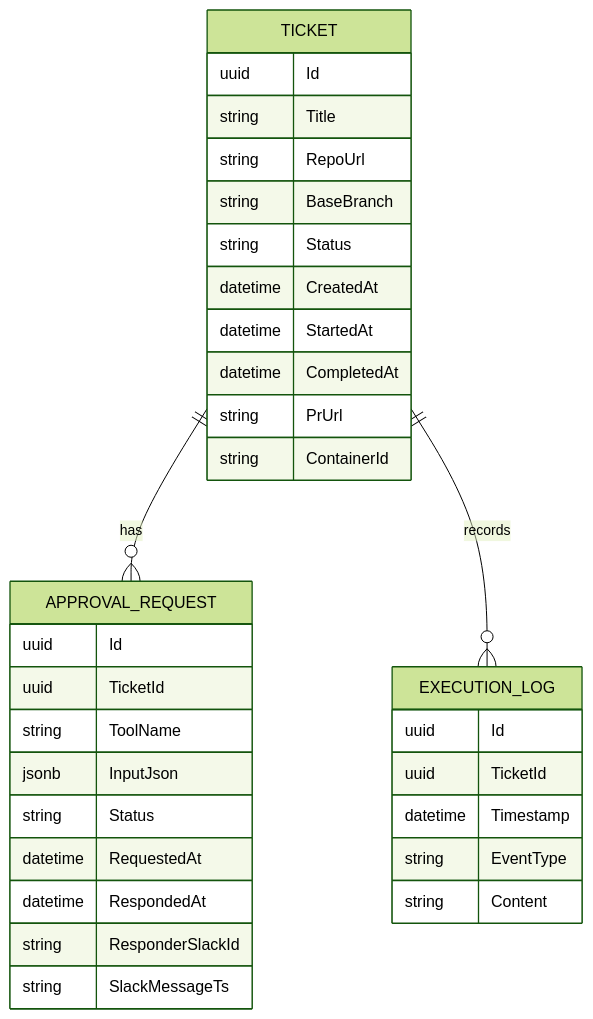
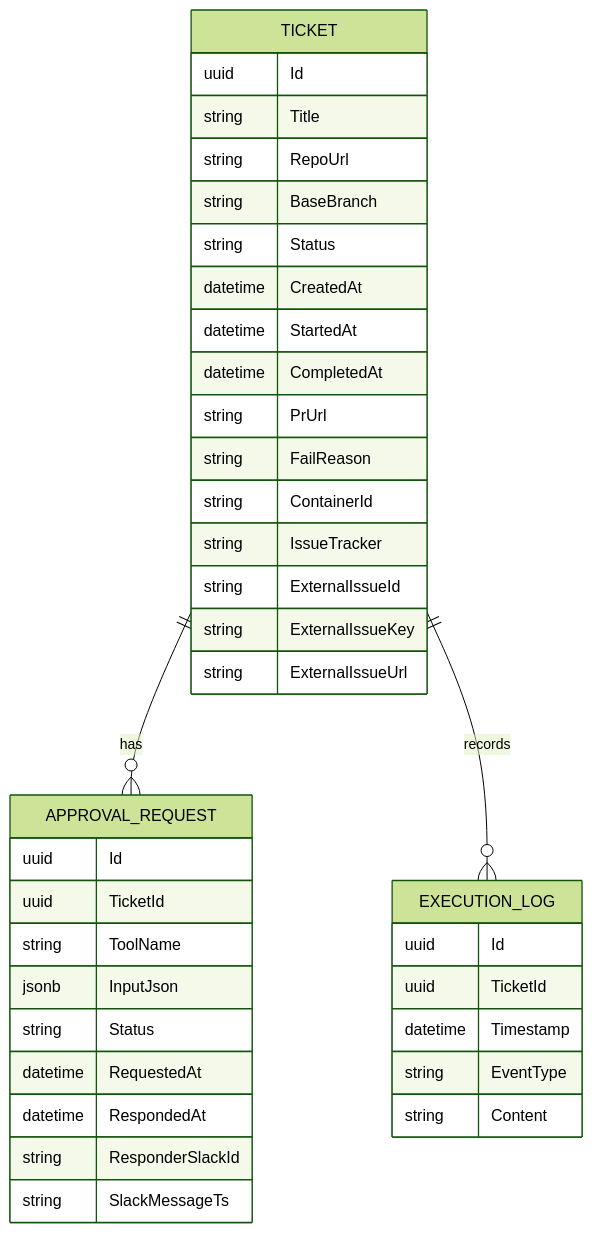
The first of 2 diagrams in docs/features/persistence-observability.md (zzanghyunmoo/ReplaceMe), drawn with Mermaid (forest theme) before and after one commit. The commit also changed other lines of this file and 27 other files, not shown here.

````diff
--- a/docs/features/persistence-observability.md
+++ b/docs/features/persistence-observability.md
@@ -11,38 +11,43 @@
 ```mermaid
 erDiagram
     TICKET ||--o{ APPROVAL_REQUEST : has
     TICKET ||--o{ EXECUTION_LOG : records
 
     TICKET {
         uuid Id
         string Title
         string RepoUrl
         string BaseBranch
         string Status
         datetime CreatedAt
         datetime StartedAt
         datetime CompletedAt
         string PrUrl
+        string FailReason
         string ContainerId
+        string IssueTracker
+        string ExternalIssueId
+        string ExternalIssueKey
+        string ExternalIssueUrl
     }
 
     APPROVAL_REQUEST {
         uuid Id
         uuid TicketId
         string ToolName
         jsonb InputJson
         string Status
         datetime RequestedAt
         datetime RespondedAt
         string ResponderSlackId
         string SlackMessageTs
     }
 
     EXECUTION_LOG {
         uuid Id
         uuid TicketId
         datetime Timestamp
         string EventType
         string Content
     }
 ```
````
